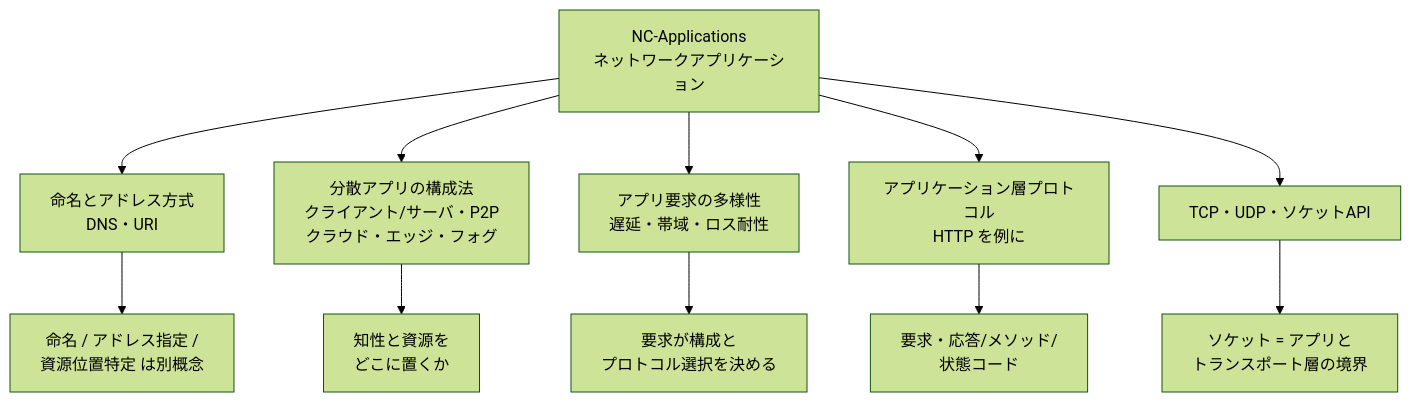
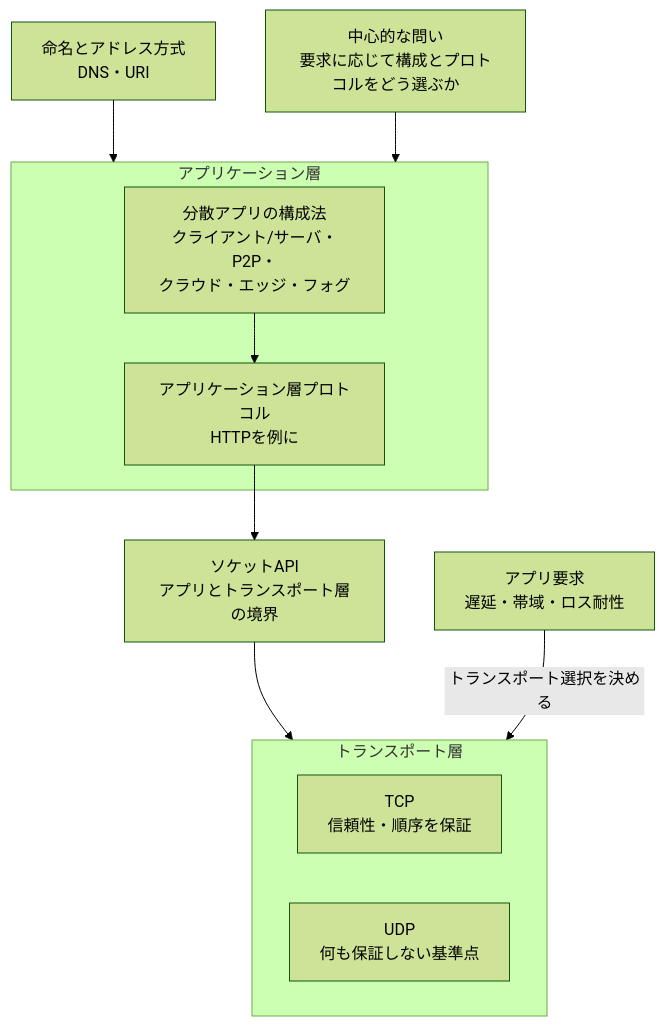
One commit to miyataka/cszap changed the first of 3 diagrams in docs/NC/NC-Applications.md. Above: the diagram before and after it, drawn with Mermaid (forest theme). The commit also changed other lines of this file and 28 other files, not shown here.

First line of the commit message:
docs: redesign 全体像 diagrams per unit (29 pages)

````diff
--- a/docs/NC/NC-Applications.md
+++ b/docs/NC/NC-Applications.md
@@ -15,13 +15,25 @@
 ```mermaid
 graph TD
-  A[NC-Applications<br/>ネットワークアプリケーション] --> B[命名とアドレス方式<br/>DNS・URI]
-  A --> C[分散アプリの構成法<br/>クライアント/サーバ・P2P<br/>クラウド・エッジ・フォグ]
-  A --> D[アプリ要求の多様性<br/>遅延・帯域・ロス耐性]
-  A --> E[アプリケーション層プロトコル<br/>HTTP を例に]
-  A --> F[TCP・UDP・ソケットAPI]
-  B --> B1[命名 / アドレス指定 /<br/>資源位置特定 は別概念]
-  C --> C1[知性と資源を<br/>どこに置くか]
-  D --> D1[要求が構成と<br/>プロトコル選択を決める]
-  E --> E1[要求・応答/メソッド/<br/>状態コード]
-  F --> F1[ソケット = アプリと<br/>トランスポート層の境界]
+  Q["中心的な問い<br/>要求に応じて構成とプロトコルをどう選ぶか"]
+  NAME["命名とアドレス方式<br/>DNS・URI"]
+  DEMAND["アプリ要求<br/>遅延・帯域・ロス耐性"]
+
+  subgraph APP["アプリケーション層"]
+    PARADIGM["分散アプリの構成法<br/>クライアント/サーバ・P2P・<br/>クラウド・エッジ・フォグ"]
+    PROTO["アプリケーション層プロトコル<br/>HTTPを例に"]
+    PARADIGM --> PROTO
+  end
+  NAME --> APP
+
+  SOCK["ソケットAPI<br/>アプリとトランスポート層の境界"]
+  PROTO --> SOCK
+
+  subgraph TRANS["トランスポート層"]
+    TCP["TCP<br/>信頼性・順序を保証"]
+    UDP["UDP<br/>何も保証しない基準点"]
+  end
+  SOCK --> TRANS
+  DEMAND -->|トランスポート選択を決める| TRANS
+
+  Q --> APP
 ```
````
